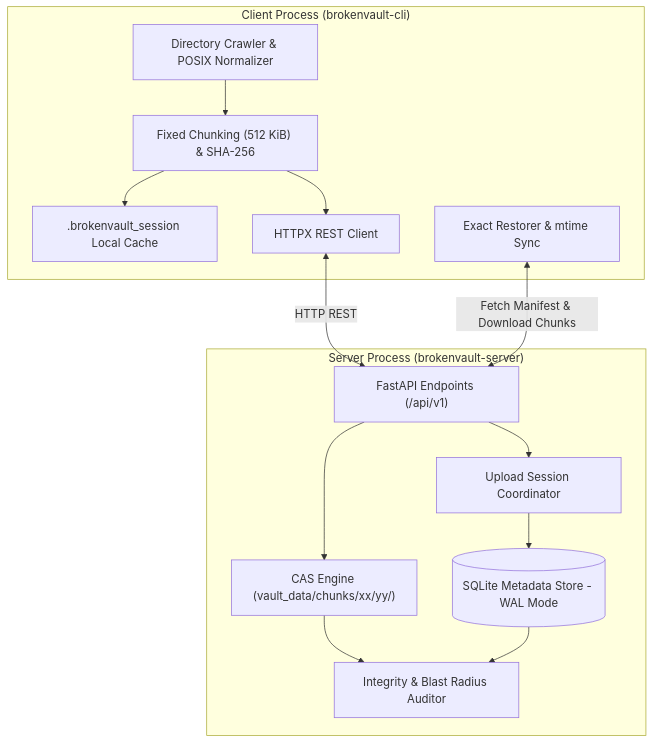
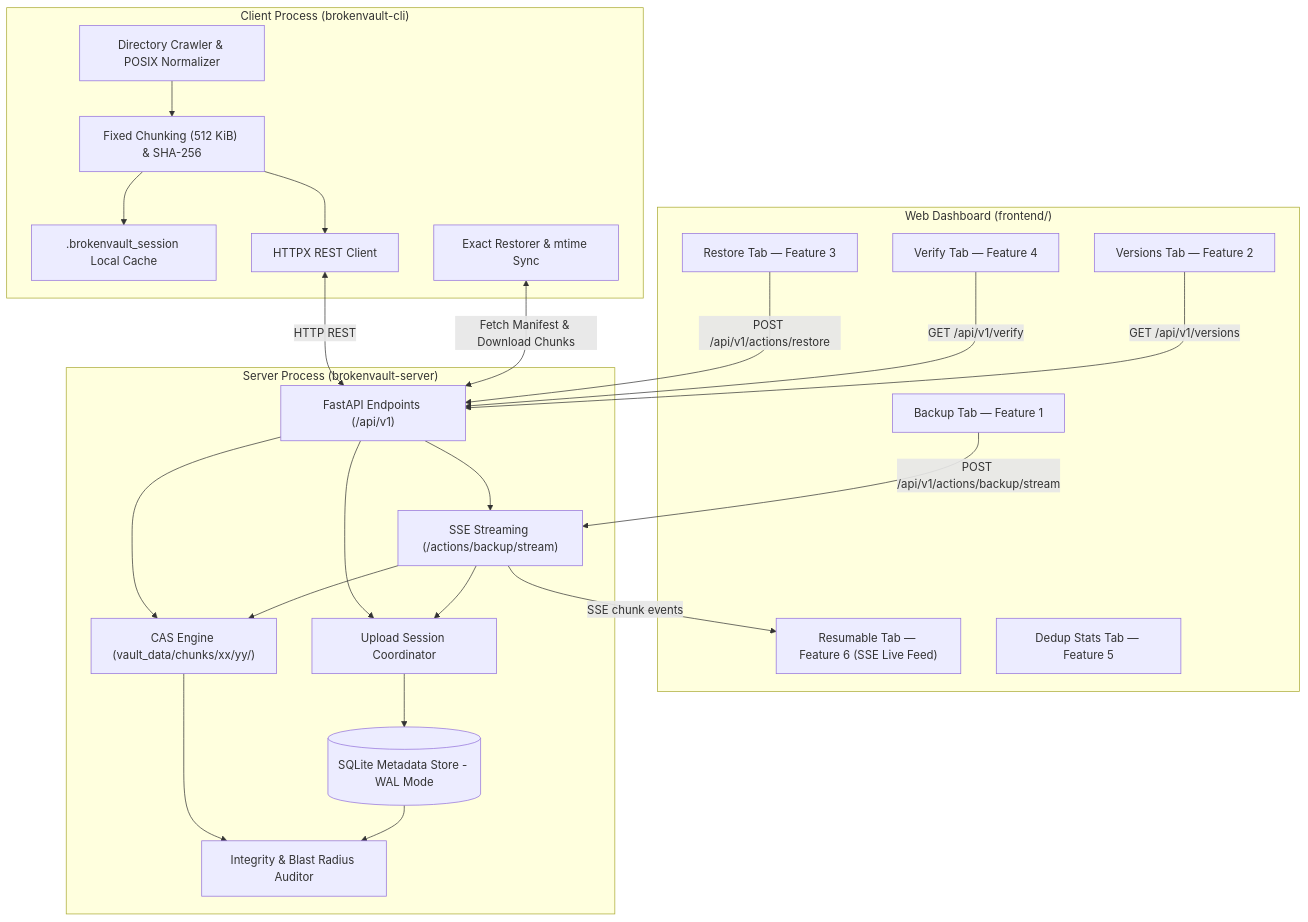
One commit to NoahReddyG/BrokenVault changed the first of 3 diagrams in docs/architecture.md. Above: the diagram before and after it, drawn with Mermaid. The commit also changed other lines of this file and 15 other files, not shown here.

Commit message:
Add full frontend web dashboard, SSE streaming backup, tests, and documentation

````diff
--- a/docs/architecture.md
+++ b/docs/architecture.md
@@ -43,29 +79,48 @@
 ```mermaid
 flowchart TB
+    subgraph WebFrontend["Web Dashboard (frontend/)"]
+        BackupTab["Backup Tab — Feature 1"]
+        ResumableTab["Resumable Tab — Feature 6 (SSE Live Feed)"]
+        VersionsTab["Versions Tab — Feature 2"]
+        RestoreTab["Restore Tab — Feature 3"]
+        VerifyTab["Verify Tab — Feature 4"]
+        DedupTab["Dedup Stats Tab — Feature 5"]
+    end
+
     subgraph ClientProcess["Client Process (brokenvault-cli)"]
         Scanner["Directory Crawler & POSIX Normalizer"]
         ChunkerEngine["Fixed Chunking (512 KiB) & SHA-256"]
         SessionCache[".brokenvault_session Local Cache"]
         ClientTransport["HTTPX REST Client"]
         RestoreEngine["Exact Restorer & mtime Sync"]
     end
 
     subgraph ServerProcess["Server Process (brokenvault-server)"]
         APIRouter["FastAPI Endpoints (/api/v1)"]
+        SSEEndpoint["SSE Streaming (/actions/backup/stream)"]
         SessionMgr["Upload Session Coordinator"]
         CASStore["CAS Engine (vault_data/chunks/xx/yy/)"]
         AuditEngine["Integrity & Blast Radius Auditor"]
         DBEngine[(SQLite Metadata Store - WAL Mode)]
     end
+
+    BackupTab -->|POST /api/v1/actions/backup/stream| SSEEndpoint
+    SSEEndpoint -->|SSE chunk events| ResumableTab
+    RestoreTab -->|POST /api/v1/actions/restore| APIRouter
+    VerifyTab  -->|GET /api/v1/verify| APIRouter
+    VersionsTab-->|GET /api/v1/versions| APIRouter
 
     Scanner --> ChunkerEngine
     ChunkerEngine --> SessionCache
     ChunkerEngine --> ClientTransport
     ClientTransport <-->|HTTP REST| APIRouter
     APIRouter --> SessionMgr
     APIRouter --> CASStore
+    APIRouter --> SSEEndpoint
+    SSEEndpoint --> SessionMgr
+    SSEEndpoint --> CASStore
     SessionMgr --> DBEngine
     CASStore --> AuditEngine
     DBEngine --> AuditEngine
     RestoreEngine <-->|Fetch Manifest & Download Chunks| APIRouter
 ```
````
